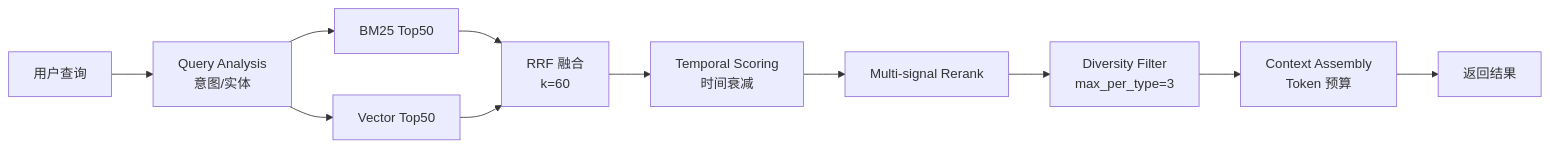
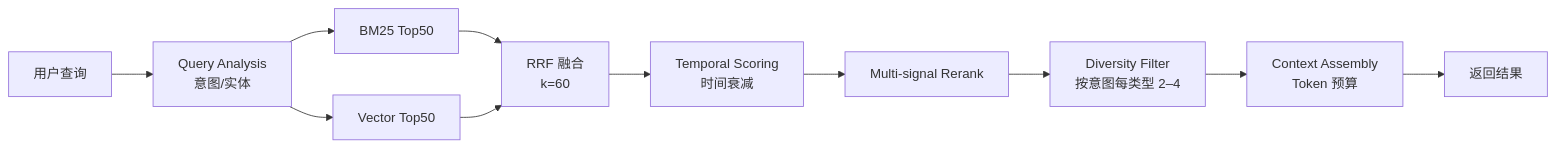
Before and after one commit to Chance-Wu/cwiki: the diagram in docs/retrieval.md, drawn with Mermaid. The commit also changed other lines of this file and 25 other files, not shown here.

````diff
--- a/docs/retrieval.md
+++ b/docs/retrieval.md
@@ -55,13 +55,13 @@
 ```mermaid
 graph LR
     A[用户查询] --> B[Query Analysis<br/>意图/实体]
     B --> C1[BM25 Top50]
     B --> C2[Vector Top50]
     C1 --> D[RRF 融合<br/>k=60]
     C2 --> D
     D --> E[Temporal Scoring<br/>时间衰减]
     E --> F[Multi-signal Rerank]
-    F --> G[Diversity Filter<br/>max_per_type=3]
+    F --> G[Diversity Filter<br/>按意图每类型 2–4]
     G --> H[Context Assembly<br/>Token 预算]
     H --> I[返回结果]
 ```
````
